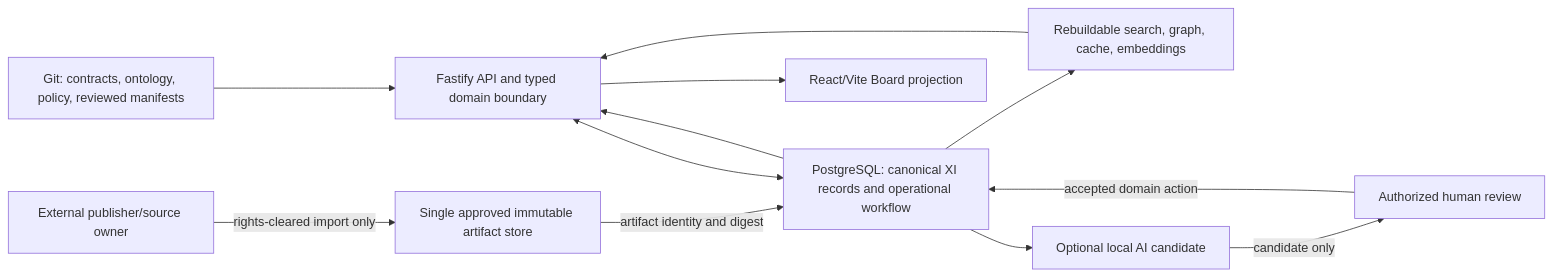
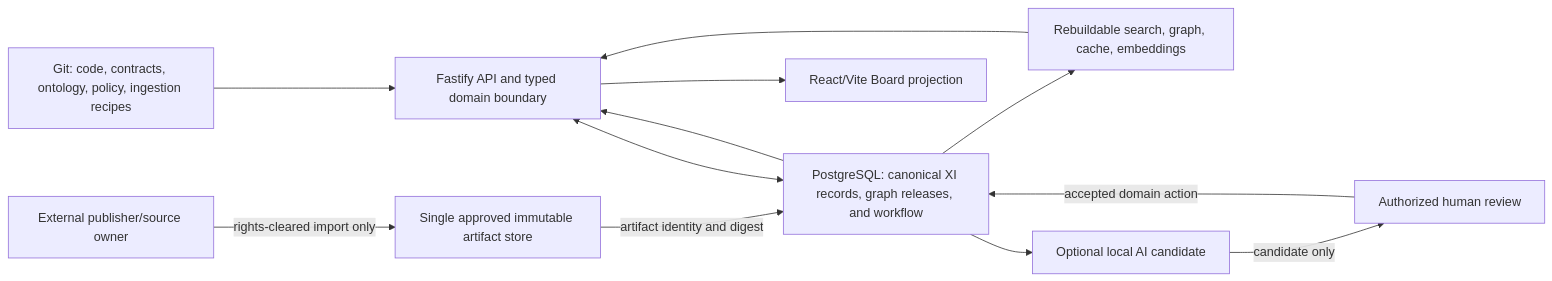
Before and after one commit to bjo163/moonwitness-xi: the diagram in docs/architecture/knowledge-domain-ownership.md, drawn with Mermaid. The commit also changed other lines of this file, not shown here.

Commit message:
docs(architecture): align graph storage ownership

````diff
--- a/docs/architecture/knowledge-domain-ownership.md
+++ b/docs/architecture/knowledge-domain-ownership.md
@@ -31,24 +31,24 @@
 ```mermaid
 flowchart LR
-  Git["Git: contracts, ontology, policy, reviewed manifests"]
+  Git["Git: code, contracts, ontology, policy, ingestion recipes"]
   Source["External publisher/source owner"]
   Blob["Single approved immutable artifact store"]
-  DB["PostgreSQL: canonical XI records and operational workflow"]
+  DB["PostgreSQL: canonical XI records, graph releases, and workflow"]
   API["Fastify API and typed domain boundary"]
   Board["React/Vite Board projection"]
   Derived["Rebuildable search, graph, cache, embeddings"]
   AI["Optional local AI candidate"]
   Review["Authorized human review"]
 
   Git --> API
   Source -->|"rights-cleared import only"| Blob
   Blob -->|"artifact identity and digest"| DB
   API <--> DB
   DB --> API
   API --> Board
   DB --> Derived
   Derived --> API
   DB --> AI
   AI -->|"candidate only"| Review
   Review -->|"accepted domain action"| DB
 ```
````
